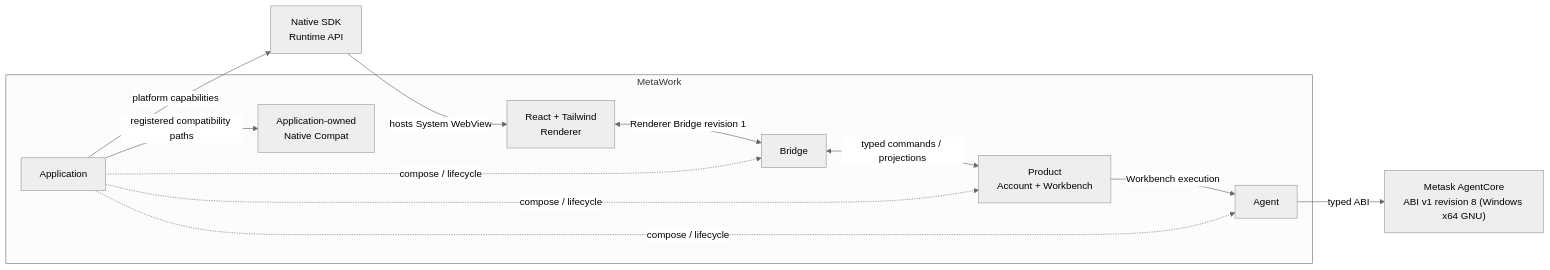
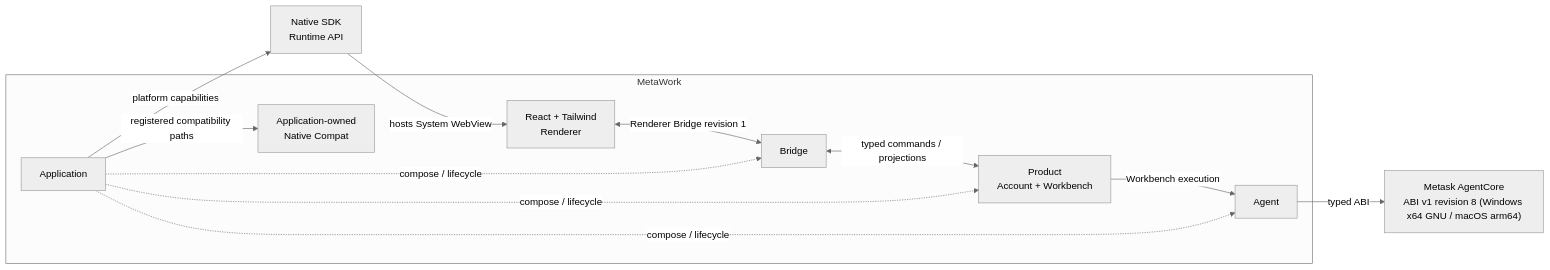
One commit to metask-ai/metawork changed the diagram in README.md. Above: the diagram before and after it, drawn with Mermaid (neutral theme). The commit also changed other lines of this file and 11 other files, not shown here.

Commit message:
docs(agentcore): close revision 8 hard cut

````diff
--- a/README.md
+++ b/README.md
@@ -7,26 +7,26 @@
 ```mermaid
 flowchart LR
     subgraph METAWORK["MetaWork"]
         RENDERER["React + Tailwind<br/>Renderer"]
         BRIDGE["Bridge"]
         PRODUCT["Product<br/>Account + Workbench"]
         AGENT["Agent"]
         APPLICATION["Application"]
         NATIVE_COMPAT["Application-owned<br/>Native Compat"]
 
         RENDERER <-->|"Renderer Bridge revision 1"| BRIDGE
         BRIDGE <-->|"typed commands / projections"| PRODUCT
         PRODUCT -->|"Workbench execution"| AGENT
 
         APPLICATION -. "compose / lifecycle" .-> BRIDGE
         APPLICATION -. "compose / lifecycle" .-> PRODUCT
         APPLICATION -. "compose / lifecycle" .-> AGENT
         APPLICATION -->|"registered compatibility paths"| NATIVE_COMPAT
     end
 
-    AGENTCORE["Metask AgentCore<br/>ABI v1 revision 8 (Windows x64 GNU)"]
+    AGENTCORE["Metask AgentCore<br/>ABI v1 revision 8 (Windows x64 GNU / macOS arm64)"]
     NATIVE_RUNTIME["Native SDK<br/>Runtime API"]
     AGENT -->|"typed ABI"| AGENTCORE
     APPLICATION -->|"platform capabilities"| NATIVE_RUNTIME
     NATIVE_RUNTIME -->|"hosts System WebView"| RENDERER
 ```
````
